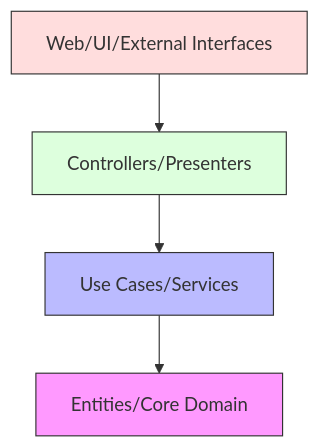
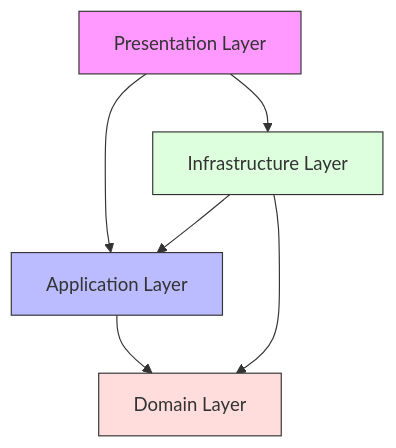
One commit to gonzaloan/crack-your-interview changed the diagram in docs/fundamentals/software-architecture/clean-architecture/implementation/project-structure.md. Above: the diagram before and after it, drawn with Mermaid. The commit also changed other lines of this file and 43 other files, not shown here.

````diff
--- a/docs/fundamentals/software-architecture/clean-architecture/implementation/project-structure.md
+++ b/docs/fundamentals/software-architecture/clean-architecture/implementation/project-structure.md
@@ -22,10 +19,13 @@
 ```mermaid
 graph TD
-    A[Web/UI/External Interfaces] --> B[Controllers/Presenters]
-    B --> C[Use Cases/Services]
-    C --> D[Entities/Core Domain]
-    style D fill:#f9f,stroke:#333
-    style C fill:#bbf,stroke:#333
-    style B fill:#dfd,stroke:#333
-    style A fill:#fdd,stroke:#333
+    A[Presentation Layer] --> B[Application Layer]
+    A --> C[Infrastructure Layer]
+    B --> D[Domain Layer]
+    C --> B
+    C --> D
+    
+    style A fill:#f9f,stroke:#333
+    style B fill:#bbf,stroke:#333
+    style C fill:#dfd,stroke:#333
+    style D fill:#fdd,stroke:#333
 ```
````
